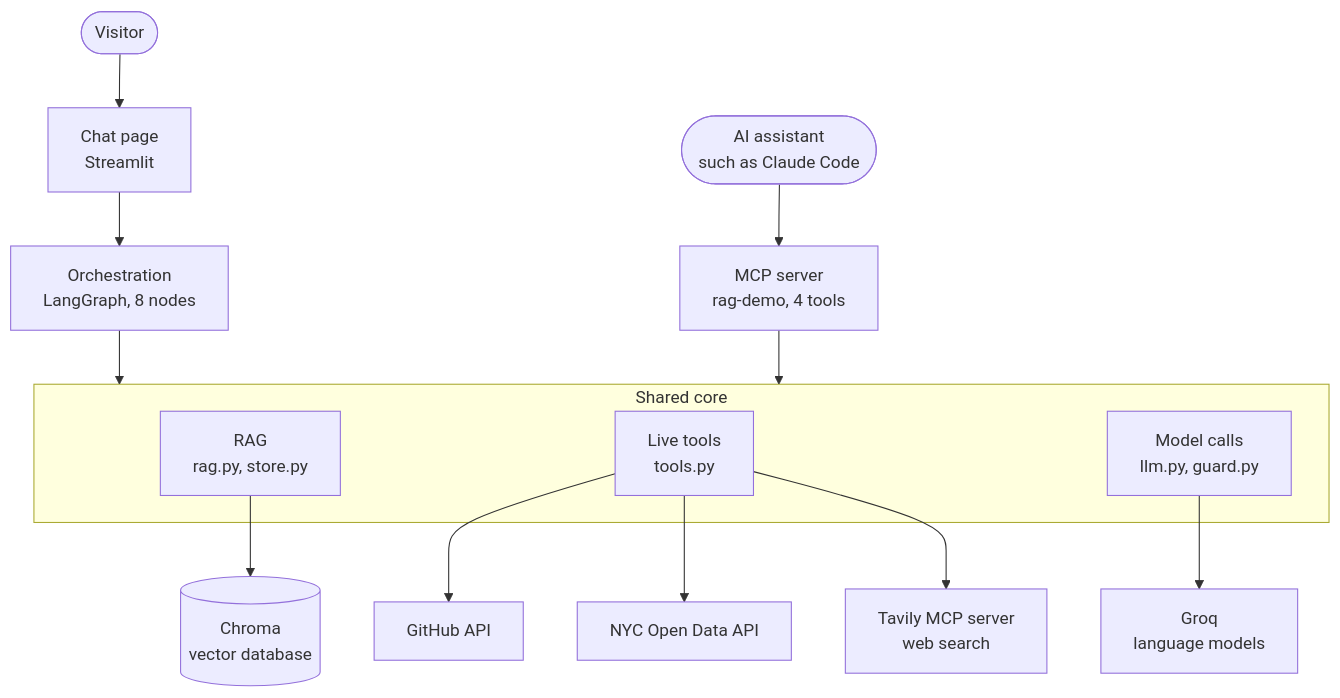
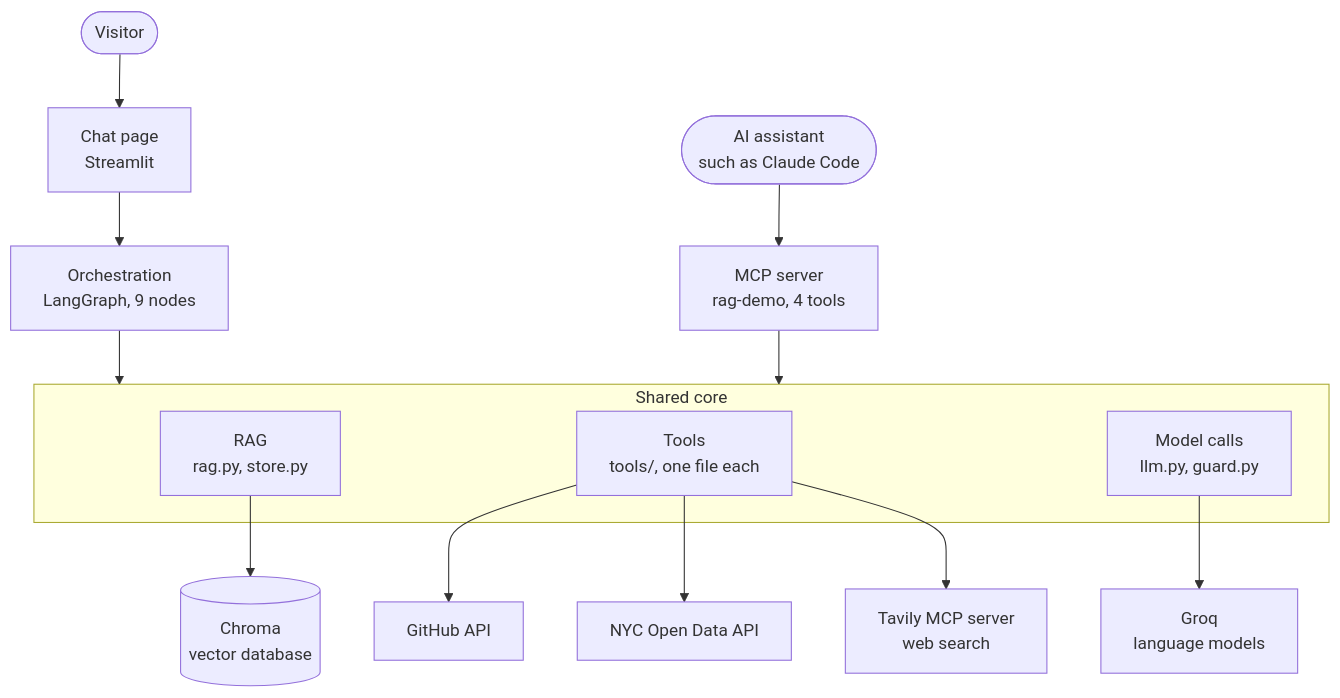
The first of 4 diagrams in ARCHITECTURE.md (jcsmei/Claude_Demo), drawn with Mermaid before and after one commit. The commit also changed other lines of this file and 7 other files, not shown here.

````diff
--- a/ARCHITECTURE.md
+++ b/ARCHITECTURE.md
@@ -73,21 +73,21 @@
 ```mermaid
 flowchart TB
     visitor([Visitor]) --> app[Chat page<br/>Streamlit]
     assistant([AI assistant<br/>such as Claude Code]) --> server[MCP server<br/>rag-demo, 4 tools]
 
-    app --> flow[Orchestration<br/>LangGraph, 8 nodes]
+    app --> flow[Orchestration<br/>LangGraph, 9 nodes]
     flow --> core
     server --> core
 
     subgraph core [Shared core]
         rag[RAG<br/>rag.py, store.py]
-        tools[Live tools<br/>tools.py]
+        tools[Tools<br/>tools/, one file each]
         llm[Model calls<br/>llm.py, guard.py]
     end
 
     rag --> chroma[(Chroma<br/>vector database)]
     llm --> groq[Groq<br/>language models]
     tools --> github[GitHub API]
     tools --> nyc[NYC Open Data API]
     tools --> tavily[Tavily MCP server<br/>web search]
 ```
````
